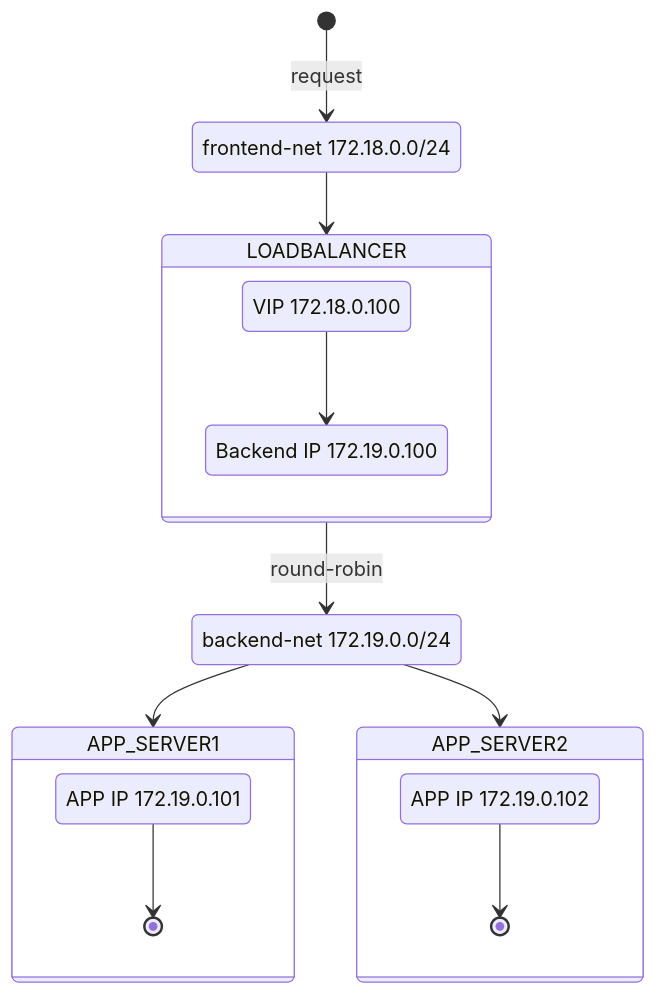
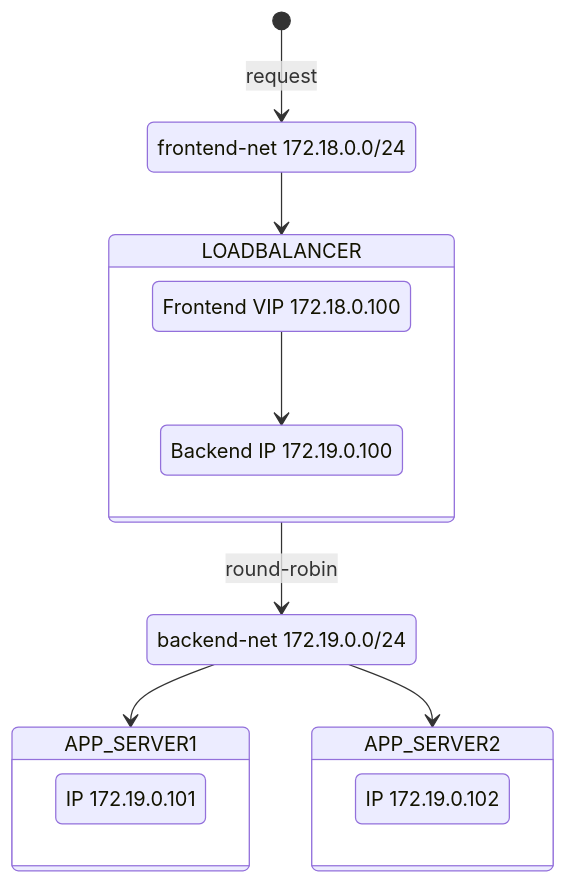
The diagram in images/docker-app-networking-diagram.md (daniel1820815/daniel1820815.github.io), drawn with Mermaid before and after one commit.

Commit message:
changed IPs

````diff
--- a/images/docker-app-networking-diagram.md
+++ b/images/docker-app-networking-diagram.md
@@ -3,26 +3,26 @@
 ```mermaid
 stateDiagram
     [*] --> net1: request
 
     net1: frontend-net 172.18.0.0/24
     net1 --> LOADBALANCER
     LOADBALANCER --> net2: round-robin
 
     net2: backend-net 172.19.0.0/24
     net2 --> APP_SERVER1
     net2 --> APP_SERVER2
     
     state LOADBALANCER {
-        VIP: VIP 172.18.0.100
+        VIP: Frontend VIP 172.18.0.100
         APP: Backend IP 172.19.0.100
         VIP --> APP
     }
     state APP_SERVER1 {
-        APP1: APP IP 172.19.0.101
-        APP1 --> [*]
+        APP1: IP 172.19.0.101
+        APP1
     }
     state APP_SERVER2 {
-        APP2: APP IP 172.19.0.102
-        APP2 --> [*]
+        APP2: IP 172.19.0.102
+        APP2
     }
 ```
````
